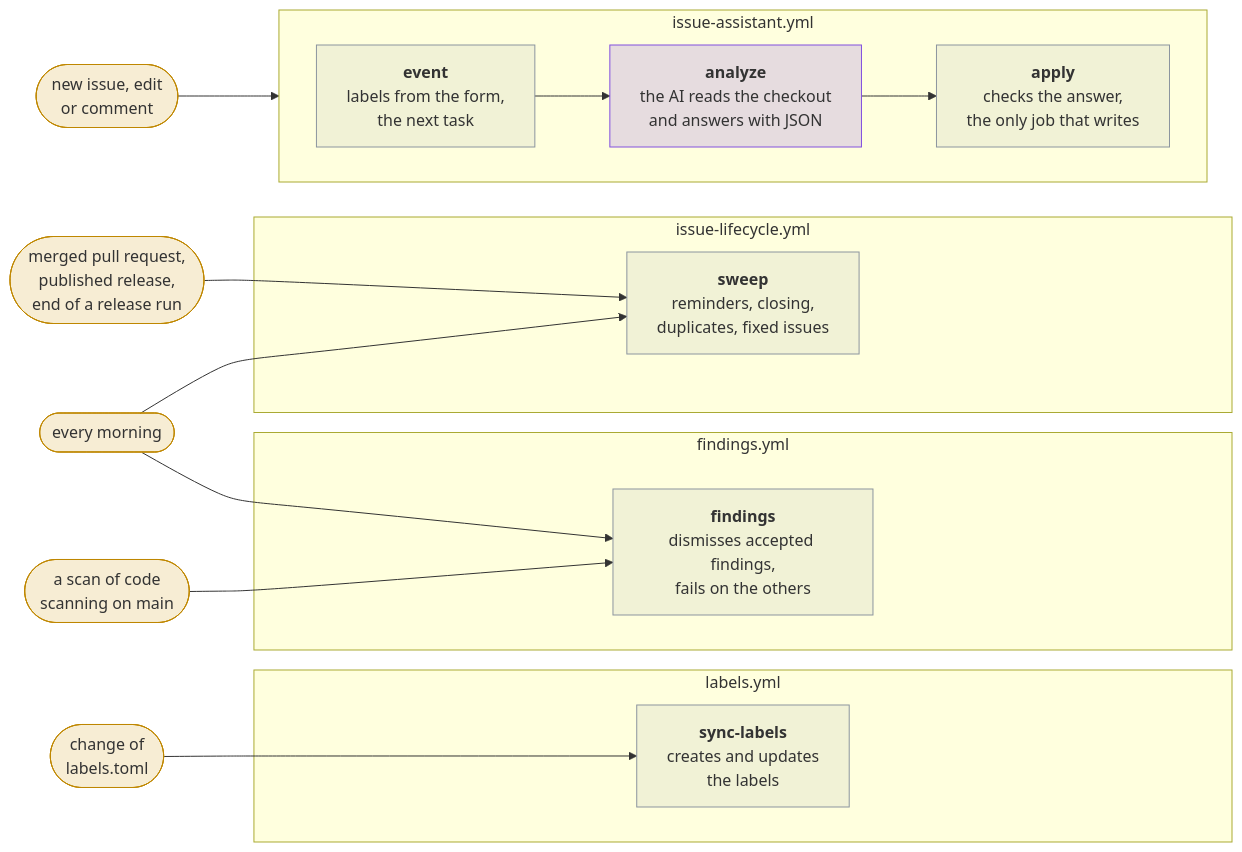
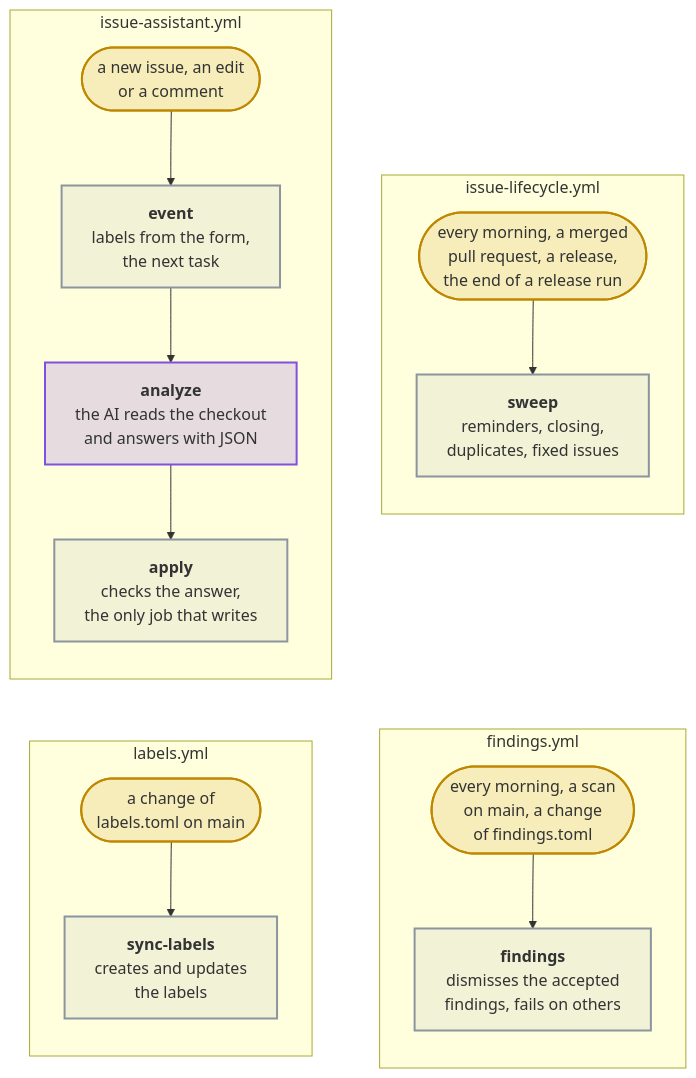
Before and after one commit to Dennis-Otto/issue-assistant: the first of 11 diagrams in README.md, drawn with Mermaid. The commit also changed other lines of this file and 4 other files, not shown here.

First line of the commit message:
docs: accessible top-to-bottom diagrams, and three new ones (#82)

````diff
--- a/README.md
+++ b/README.md
@@ -66,31 +68,31 @@
 ```mermaid
-flowchart LR
+flowchart TB
   accTitle: The four workflows of a repository and what starts them
-  accDescr: A change of labels.toml starts sync-labels in labels.yml. A scan of code scanning on main and every morning start findings in findings.yml. Every morning, a merged pull request, a published release and the end of a release run that no schedule started start sweep in issue-lifecycle.yml. A new issue, an edit or a comment starts issue-assistant.yml, where event chooses the next task, analyze lets the AI read the checkout and answer with JSON, and apply checks the answer and is the only job that writes.
-  changed(["change of<br/>labels.toml"]) --> sync
-  subgraph labelling ["labels.yml"]
-    sync["<b>sync-labels</b><br/>creates and updates<br/>the labels"]
+  accDescr: Four workflows, each with what starts it. In issue-assistant.yml, a new issue, an edit or a comment starts event, which sets the labels of the form and chooses the next task; analyze lets the AI read the checkout and answer with JSON; apply checks the answer and is the only job that writes. In issue-lifecycle.yml, every morning, a merged pull request, a release and the end of a release run start sweep, which sends reminders, closes issues, closes duplicates and marks fixed issues. In labels.yml, a change of labels.toml on main starts sync-labels, which creates and updates the labels. In findings.yml, every morning, a scan on main and a change of findings.toml start findings, which dismisses the accepted findings and fails on the others.
+  subgraph lifecycle ["issue-lifecycle.yml"]
+    direction TB
+    shipped(["every morning, a merged<br/>pull request, a release,<br/>the end of a release run"]) --> sweep["<b>sweep</b><br/>reminders, closing,<br/>duplicates, fixed issues"]
   end
-  scanned(["a scan of code<br/>scanning on main"]) --> findings
-  subgraph scanning ["findings.yml"]
-    findings["<b>findings</b><br/>dismisses accepted findings,<br/>fails on the others"]
-  end
-  daily(["every morning"]) --> findings
-  daily --> sweep
-  shipped(["merged pull request,<br/>published release,<br/>end of a release run"]) --> sweep
-  subgraph lifecycle ["issue-lifecycle.yml"]
-    sweep["<b>sweep</b><br/>reminders, closing,<br/>duplicates, fixed issues"]
-  end
-  opened(["new issue, edit<br/>or comment"]) --> event
   subgraph assistant ["issue-assistant.yml"]
-    direction LR
-    event["<b>event</b><br/>labels from the form,<br/>the next task"] --> analyze["<b>analyze</b><br/>the AI reads the checkout<br/>and answers with JSON"]
+    direction TB
+    opened(["a new issue, an edit<br/>or a comment"]) --> event["<b>event</b><br/>labels from the form,<br/>the next task"]
+    event --> analyze["<b>analyze</b><br/>the AI reads the checkout<br/>and answers with JSON"]
     analyze --> apply["<b>apply</b><br/>checks the answer,<br/>the only job that writes"]
   end
-  classDef ai fill:#8250df33,stroke:#8250df
-  classDef job fill:#8c959f1f,stroke:#8c959f
-  classDef trigger fill:#d4a72c33,stroke:#bf8700
+  subgraph scanning ["findings.yml"]
+    direction TB
+    scanned(["every morning, a scan<br/>on main, a change<br/>of findings.toml"]) --> findings["<b>findings</b><br/>dismisses the accepted<br/>findings, fails on others"]
+  end
+  subgraph labelling ["labels.yml"]
+    direction TB
+    changed(["a change of<br/>labels.toml on main"]) --> sync["<b>sync-labels</b><br/>creates and updates<br/>the labels"]
+  end
+  assistant ~~~ labelling
+  lifecycle ~~~ scanning
+  classDef ai fill:#8250df33,stroke:#8250df,stroke-width:2px
+  classDef job fill:#8c959f1f,stroke:#8c959f,stroke-width:2px
+  classDef trigger fill:#d4a72c33,stroke:#bf8700,stroke-width:2px
   class analyze ai
   class event,apply,sweep,sync,findings job
-  class opened,daily,shipped,changed,scanned trigger
+  class opened,shipped,changed,scanned trigger
 ```
````
